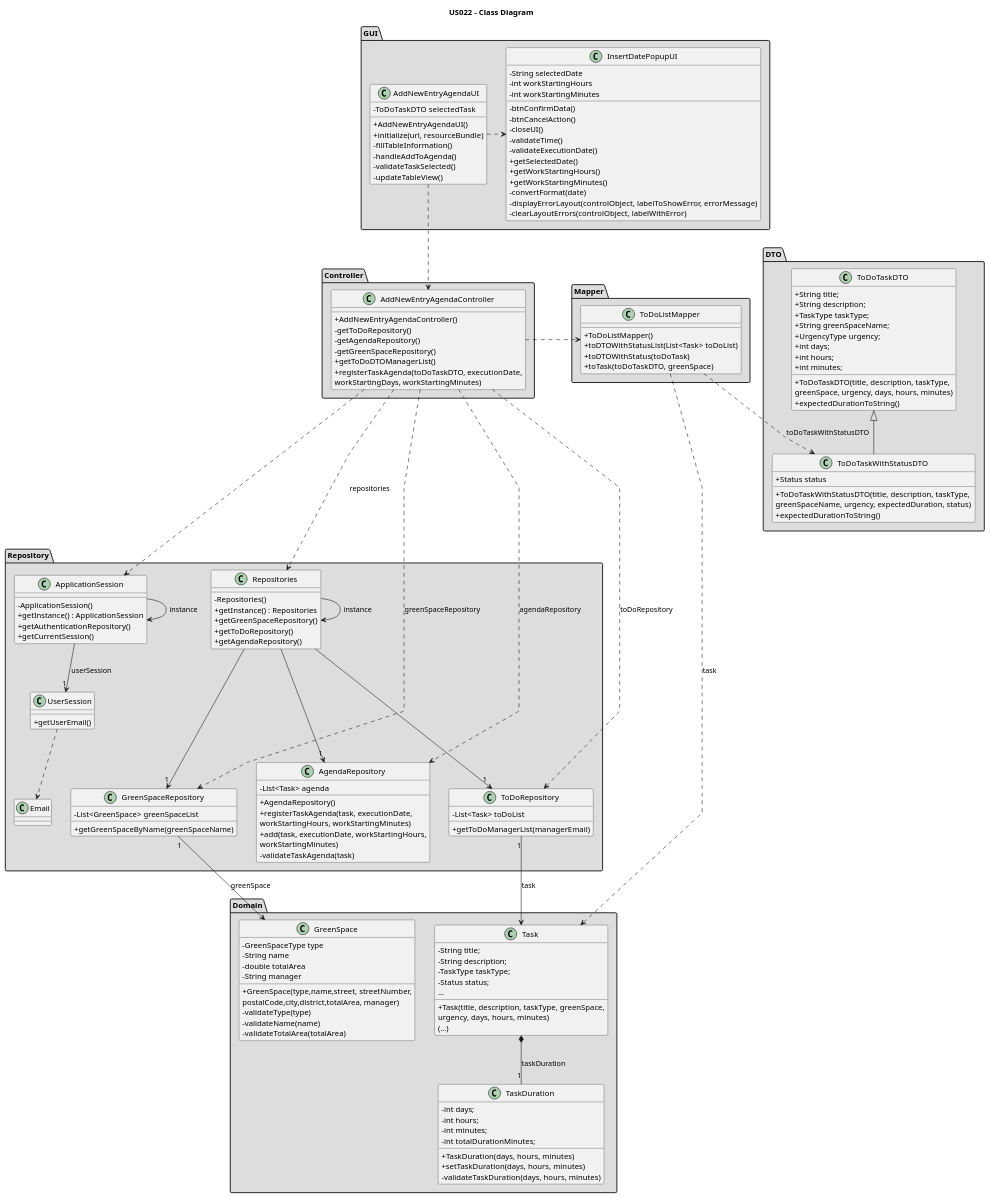
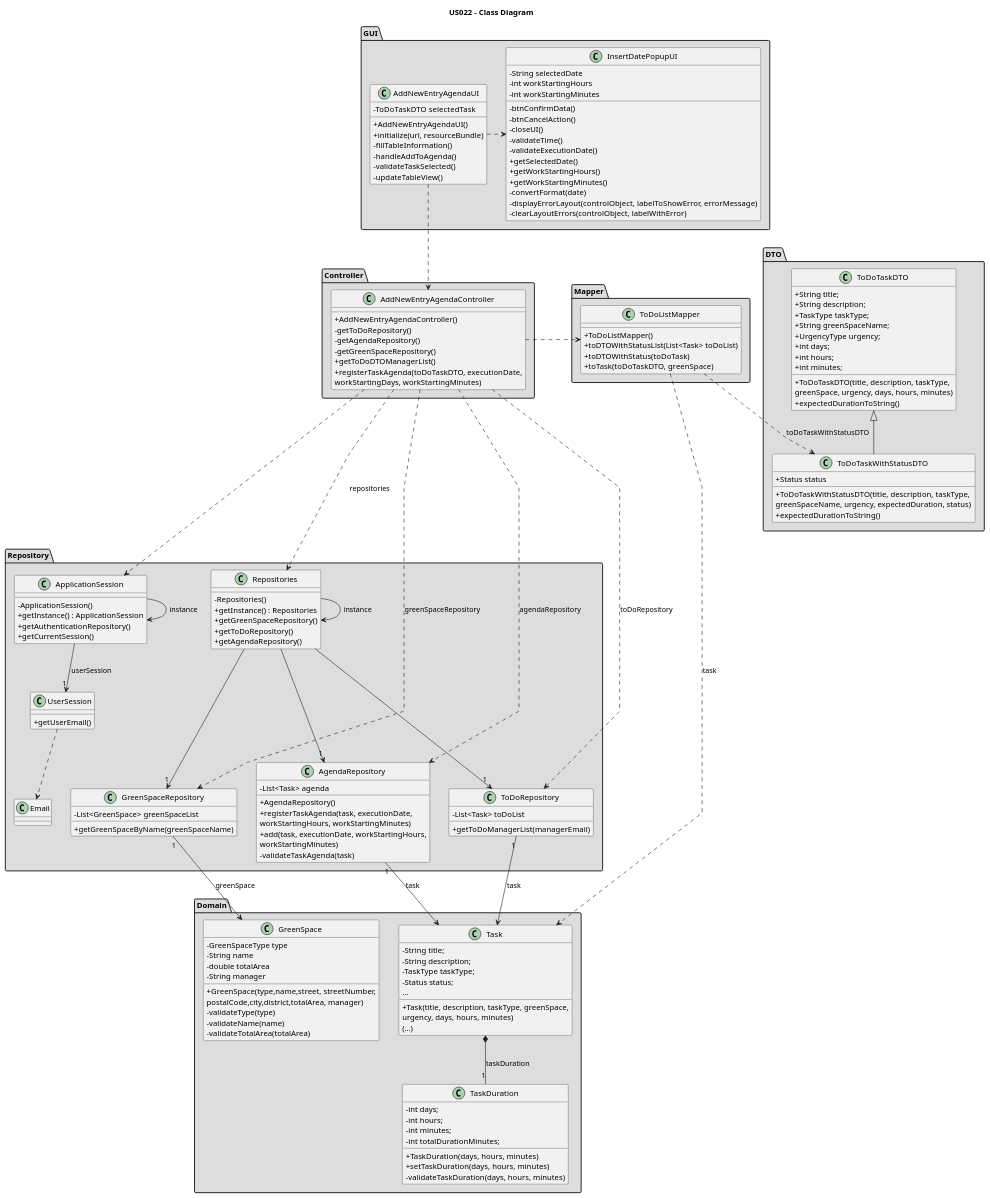
Before and after one commit to Rui-San/LAPR2_2023_2024: the diagram in docs/sprintC/us022/03.design/puml/us022-class-diagram.puml, drawn with PlantUML. The commit also changed 4 other files, not shown here.

Commit message:
US023: Class Diagram complete and readme

```diff
--- a/docs/sprintC/us022/03.design/puml/us022-class-diagram.puml
+++ b/docs/sprintC/us022/03.design/puml/us022-class-diagram.puml
@@ -200,6 +200,7 @@
 ToDoListMapper ..> Task : task
 ToDoListMapper ..> ToDoTaskWithStatusDTO : toDoTaskWithStatusDTO
 ToDoTaskDTO <|-- ToDoTaskWithStatusDTO
+AgendaRepository "1" -> Task : task
 
 
 @enduml
```
